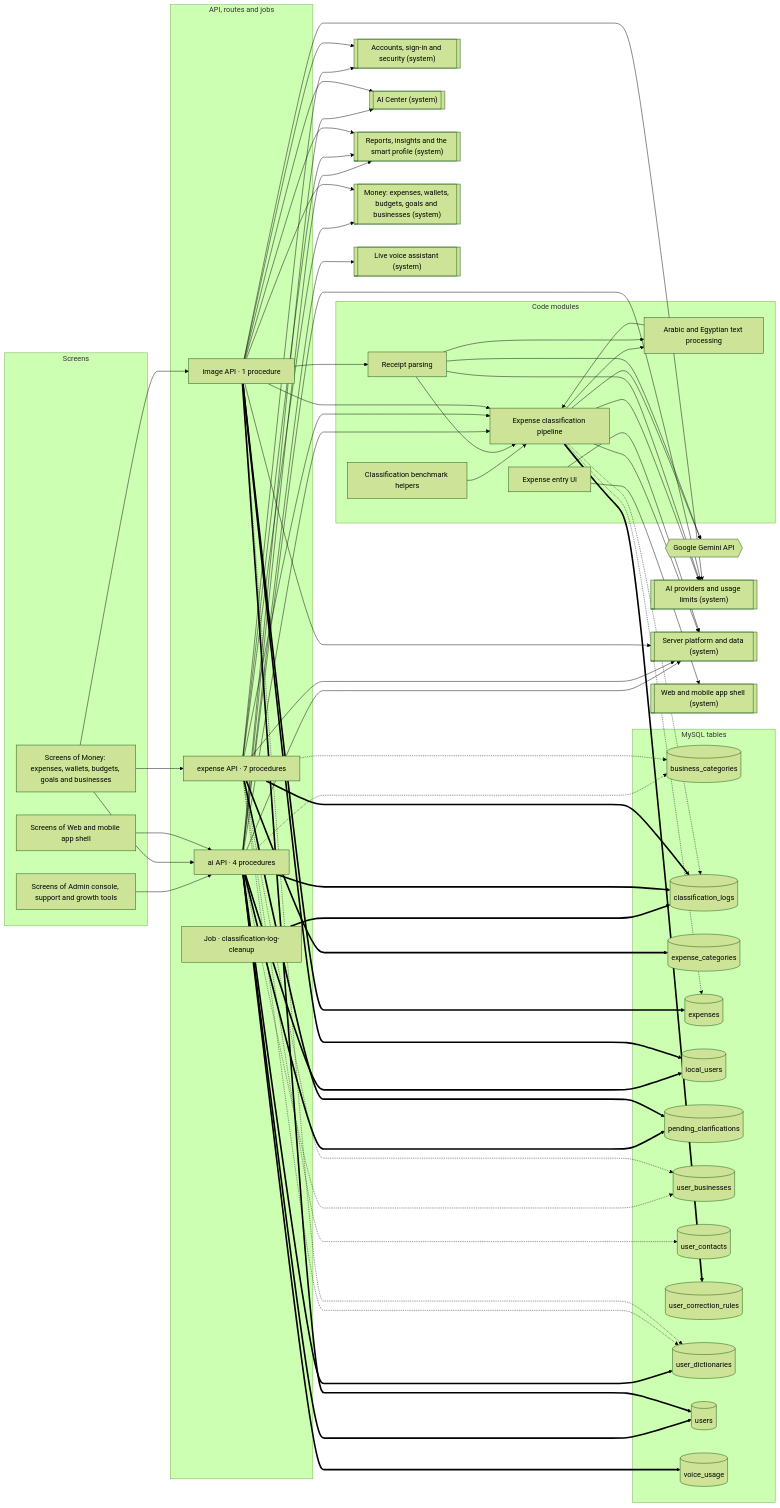
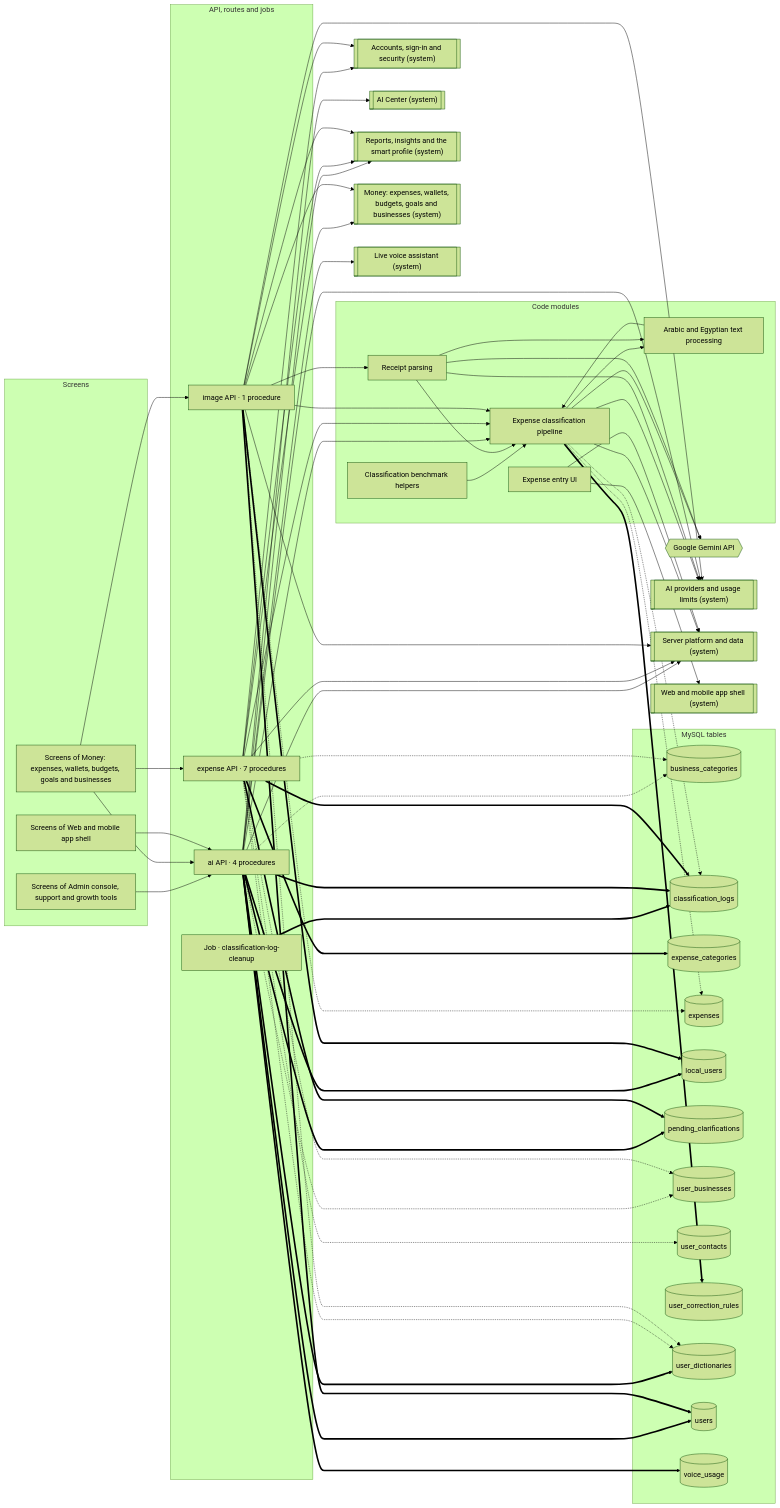
The first of 2 diagrams in docs/atlas/systems/expense-capture.md (mahmoudtaherr111/smartspend_mini_all), drawn with Mermaid (forest theme) before and after one commit. The commit also changed other lines of this file and 15 other files, not shown here.

```diff
--- a/docs/atlas/systems/expense-capture.md
+++ b/docs/atlas/systems/expense-capture.md
@@ -98,13 +98,12 @@
   router_image --> mod_classification
   router_image --> mod_receipt_parsing
   router_image --> sys_accounts
-  router_image --> sys_ai_center
   router_image --> sys_ai_platform
   router_image --> sys_insights
   router_image --> sys_money
   router_image --> sys_platform
+  router_image -.-> tbl_expenses
   router_image -.-> tbl_user_dictionaries
-  router_image ==> tbl_expenses
   router_image ==> tbl_local_users
   router_image ==> tbl_users
   screens_admin --> router_ai
```
